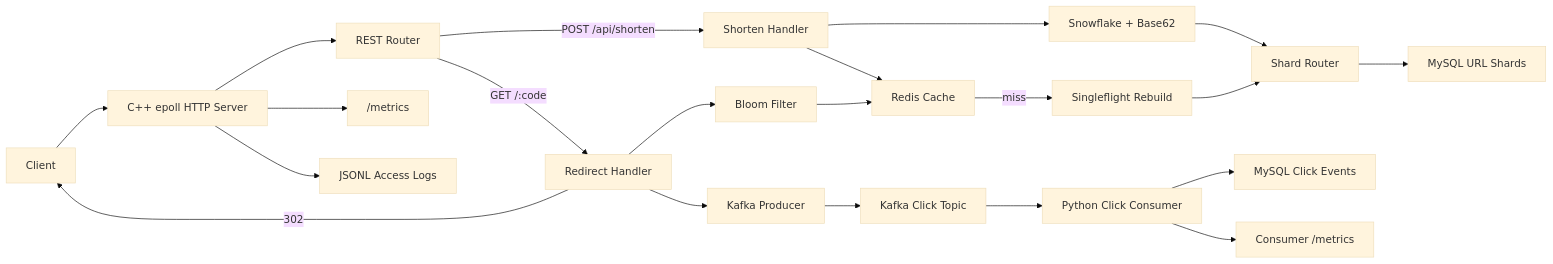
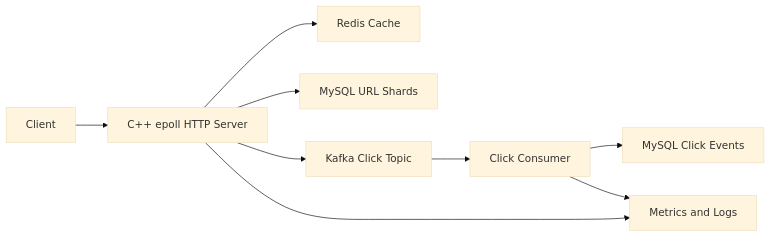
One commit to CChen19/TinyWebServer changed the diagram in README.md. Above: the diagram before and after it, drawn with Mermaid (base theme).

Commit message:
Simplify README architecture diagram

````diff
--- a/README.md
+++ b/README.md
@@ -9,27 +9,11 @@
 ```mermaid
 flowchart LR
     Client["Client"] --> Server["C++ epoll HTTP Server"]
-    Server --> Router["REST Router"]
-
-    Router -- "POST /api/shorten" --> Shorten["Shorten Handler"]
-    Shorten --> CodeGen["Snowflake + Base62"]
-    CodeGen --> ShardRouter["Shard Router"]
-    ShardRouter --> UrlShards["MySQL URL Shards"]
-    Shorten --> Redis["Redis Cache"]
-
-    Router -- "GET /:code" --> Redirect["Redirect Handler"]
-    Redirect --> Bloom["Bloom Filter"]
-    Bloom --> Redis
-    Redis -- "miss" --> Singleflight["Singleflight Rebuild"]
-    Singleflight --> ShardRouter
-    Redirect -- "302" --> Client
-    Redirect --> Producer["Kafka Producer"]
-
-    Producer --> Kafka["Kafka Click Topic"]
-    Kafka --> Consumer["Python Click Consumer"]
+    Server --> Redis["Redis Cache"]
+    Server --> Shards["MySQL URL Shards"]
+    Server --> Kafka["Kafka Click Topic"]
+    Kafka --> Consumer["Click Consumer"]
     Consumer --> ClickDB["MySQL Click Events"]
-
-    Server --> Metrics["/metrics"]
-    Consumer --> LagMetrics["Consumer /metrics"]
-    Server --> Logs["JSONL Access Logs"]
+    Server --> Obs["Metrics and Logs"]
+    Consumer --> Obs
 ```
````
